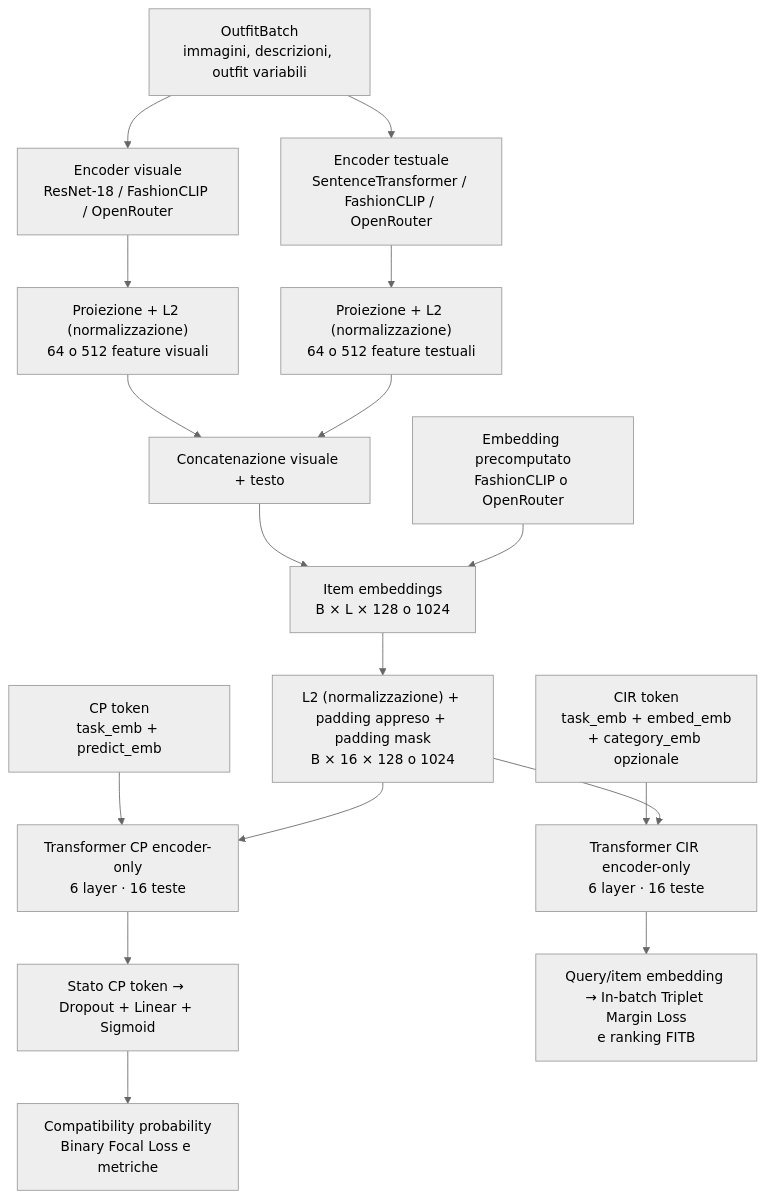
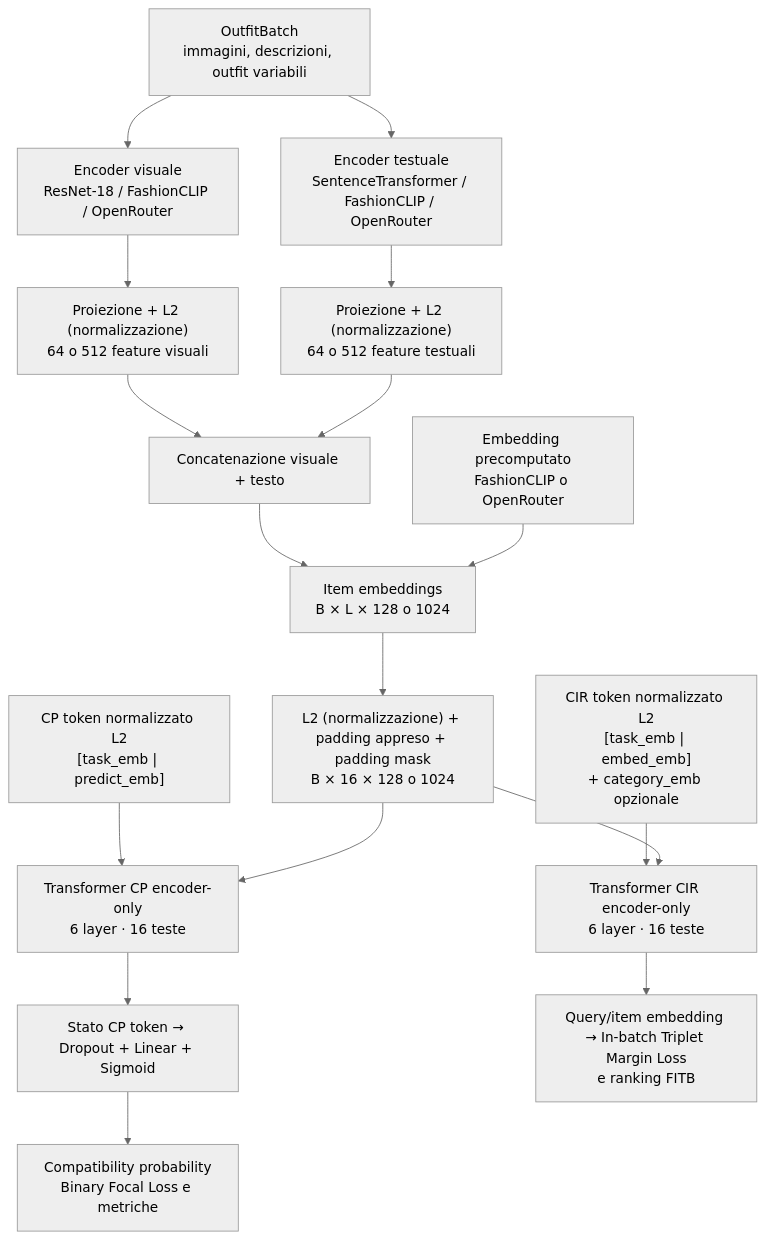
One commit to FlorindoDev/OutfitTransformer changed the diagram in README.md. Above: the diagram before and after it, drawn with Mermaid (neutral theme). The commit also changed other lines of this file and 12 other files, not shown here.

Commit message:
feat(refacotr): - rimozione layer norm in piu - normalizzazione token CIR e CP - caricamento di tutti i pesi del CP nel allenamento del CIR

````diff
--- a/README.md
+++ b/README.md
@@ -50,26 +50,26 @@
 ```mermaid
 flowchart TD
     A["OutfitBatch<br/>immagini, descrizioni, outfit variabili"]
 
     A --> B["Encoder visuale<br/>ResNet-18 / FashionCLIP / OpenRouter"]
     A --> C["Encoder testuale<br/>SentenceTransformer / FashionCLIP / OpenRouter"]
 
     B --> D["Proiezione + L2 (normalizzazione)<br/>64 o 512 feature visuali"]
     C --> E["Proiezione + L2 (normalizzazione)<br/>64 o 512 feature testuali"]
 
     D --> F["Concatenazione visuale + testo"]
     E --> F
 
     F --> G["Item embeddings<br/>B × L × 128 o 1024"]
     P["Embedding precomputato<br/>FashionCLIP o OpenRouter"] --> G
     G --> H["L2 (normalizzazione) + padding appreso + padding mask<br/>B × 16 × 128 o 1024"]
 
-    K["CP token<br/>task_emb + predict_emb"] --> L["Transformer CP encoder-only<br/>6 layer · 16 teste"]
+    K["CP token normalizzato L2<br/>[task_emb | predict_emb]"] --> L["Transformer CP encoder-only<br/>6 layer · 16 teste"]
     H --> L
     L --> M["Stato CP token → Dropout + Linear + Sigmoid"]
     M --> N["Compatibility probability<br/>Binary Focal Loss e metriche"]
 
-    O["CIR token<br/>task_emb + embed_emb<br/>+ category_emb opzionale"] --> Q["Transformer CIR encoder-only<br/>6 layer · 16 teste"]
+    O["CIR token normalizzato L2<br/>[task_emb | embed_emb]<br/>+ category_emb opzionale"] --> Q["Transformer CIR encoder-only<br/>6 layer · 16 teste"]
     H --> Q
     Q --> R["Query/item embedding → In-batch Triplet Margin Loss<br/>e ranking FITB"]
 ```
````
